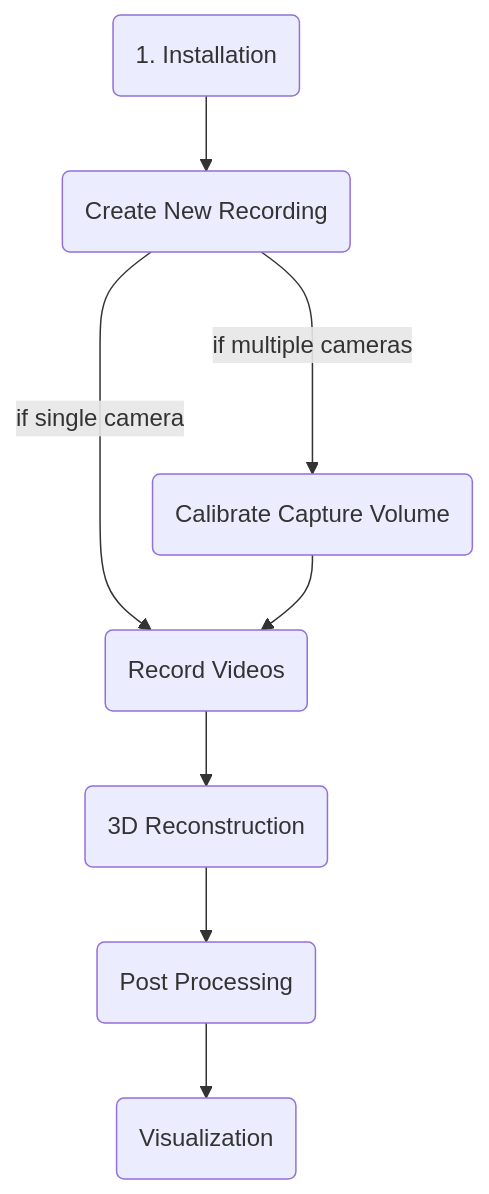
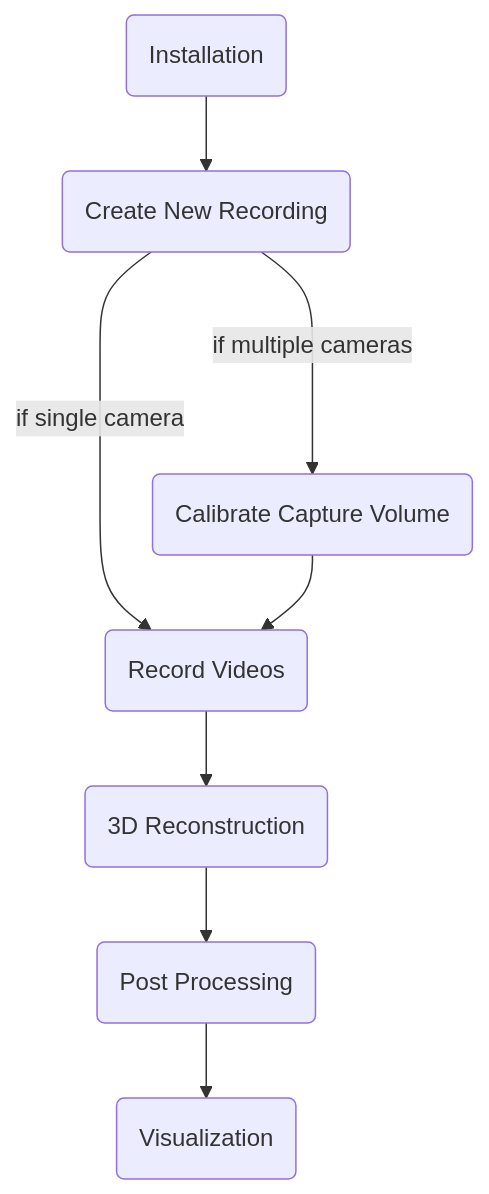
Before and after one commit to freemocap/documentation: the diagram in docs/getting_started/index.md, drawn with Mermaid.

Commit message:
remove singular numbering on mermaid graph

````diff
--- a/docs/getting_started/index.md
+++ b/docs/getting_started/index.md
@@ -1,11 +1,11 @@
 ``` mermaid
 graph TD
-    A1(1. Installation)
+    A1(Installation)
     A1-->A(Create New Recording)
     A --if single camera---> B(Record Videos)
     A -- if multiple cameras ---> C(Calibrate Capture Volume)    
     C --> B    
     B --> F(3D Reconstruction)    
     F --> H(Post Processing)
     H --> I(Visualization)
 ```
````
